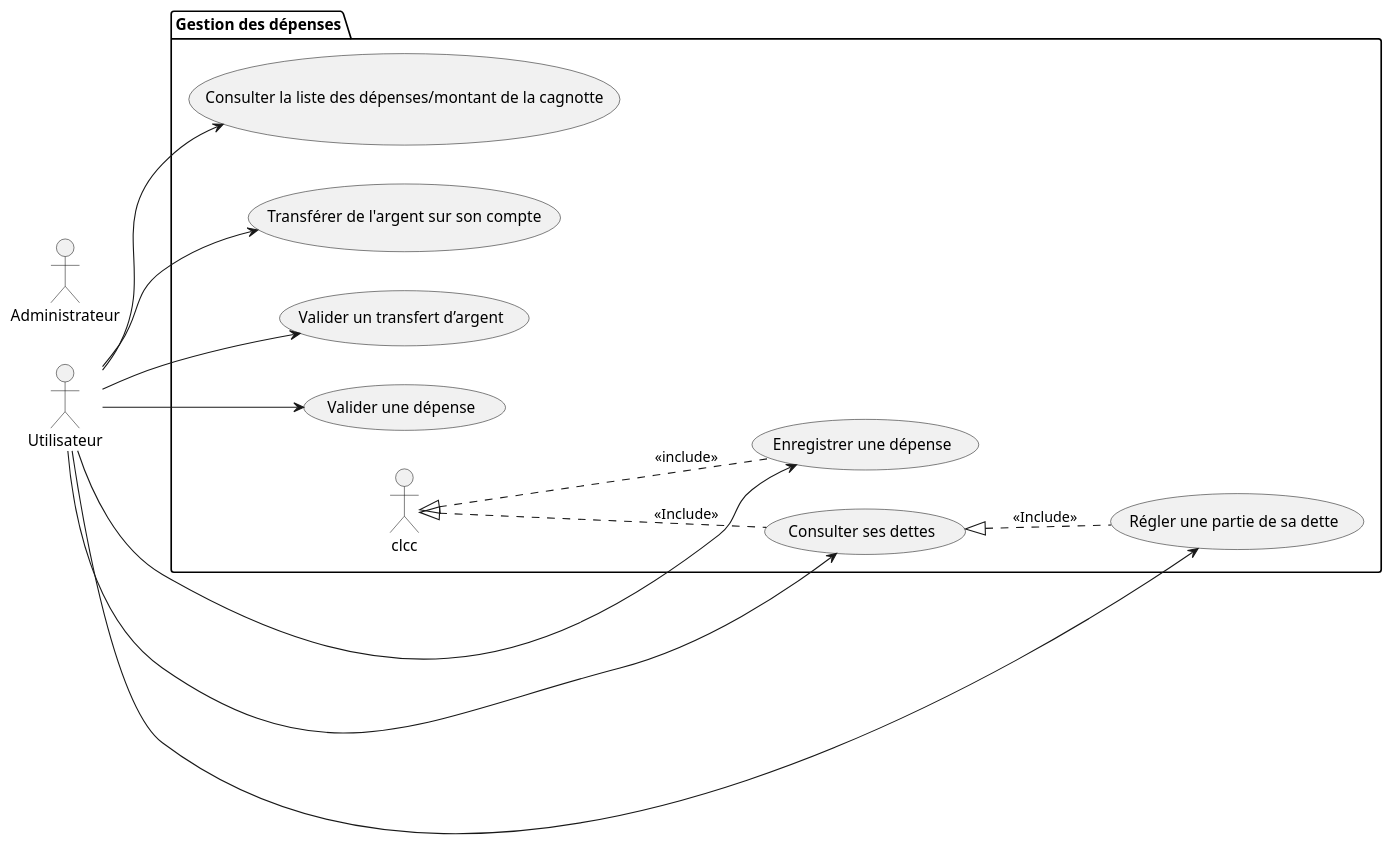
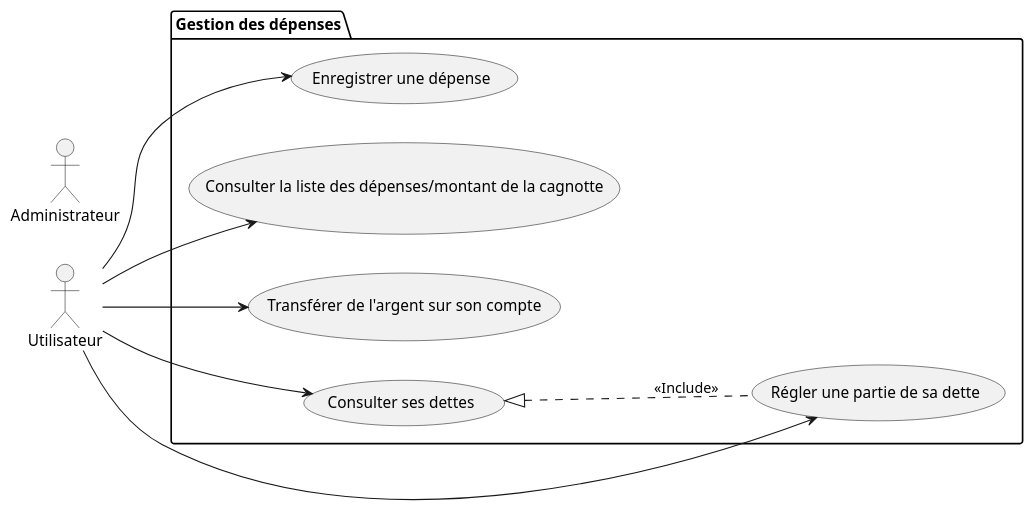
One commit to lmtb06/sharecount changed the diagram in diagrammes/specification/cas-utilisation/package-gestiondesdepenses.puml. Above: the diagram before and after it, drawn with PlantUML. The commit also changed 5 other files, not shown here.

Commit message:
Ajout de la gestion de notification deans les diagrammes de package

```diff
--- a/diagrammes/specification/cas-utilisation/package-gestiondesdepenses.puml
+++ b/diagrammes/specification/cas-utilisation/package-gestiondesdepenses.puml
@@ -1,30 +1,24 @@
 @startuml Cas utilisation - Gestion des dépenses
 left to right direction
 
 actor "Utilisateur" as User
 
 actor "Administrateur" as Admin
 
 package "Gestion des dépenses"{
         usecase "Enregistrer une dépense" as eud
         usecase "Consulter la liste des dépenses/montant de la cagnotte" as cllddmdlc
         usecase "Transférer de l'argent sur son compte" as tdassc
-        usecase "Valider un transfert d’argent" as vuta
-        usecase "Valider une dépense" as vud
         usecase "Consulter ses dettes" as csd
-				clcc <|.. csd : <<Include>>
         usecase "Régler une partie de sa dette" as rpd
 				csd <|.. rpd : <<Include>>
 }
 
 User --> eud
 User --> cllddmdlc
 User --> tdassc
-User --> vuta
-User --> vud
 User --> csd
 User --> rpd
 
-clcc <|.. eud : <<include>>
 
 @enduml
```
